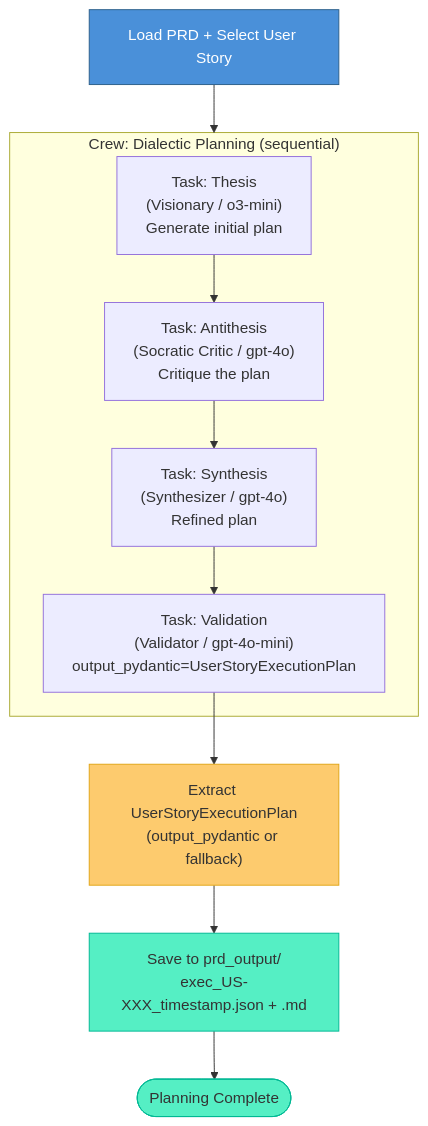
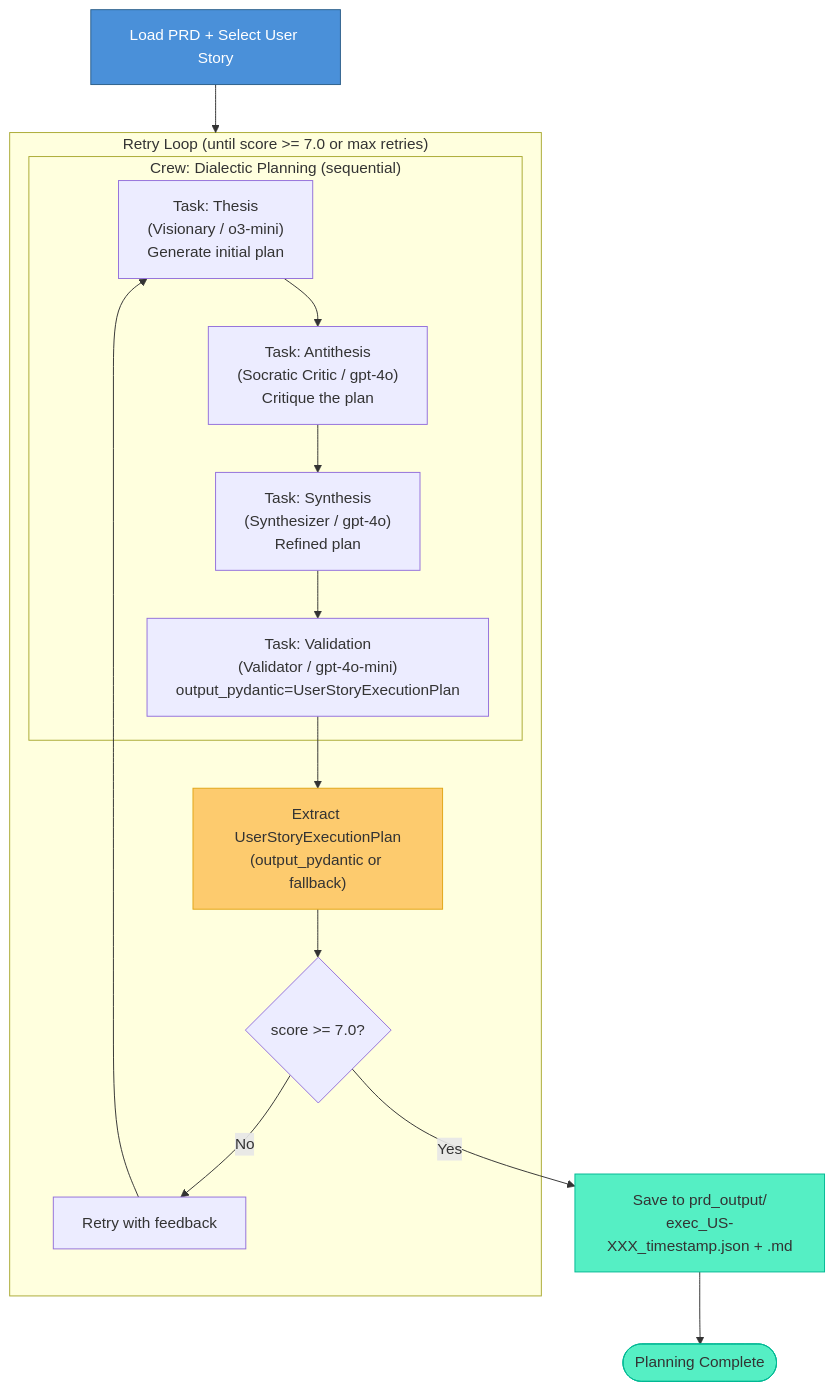
One commit to darthlinuxer/dialectic-crew-ai changed the second of 4 diagrams in docs/flows.md. Above: the diagram before and after it, drawn with Mermaid. The commit also changed other lines of this file and 9 other files, not shown here.

````diff
--- a/docs/flows.md
+++ b/docs/flows.md
@@ -96,21 +97,27 @@
 ```mermaid
 flowchart TD
-    INPUT["Load PRD + Select User Story"] --> CREW
+    INPUT["Load PRD + Select User Story"] --> LOOP
 
-    subgraph CREW["Crew: Dialectic Planning (sequential)"]
-        P1["Task: Thesis<br/>(Visionary / o3-mini)<br/>Generate initial plan"]
-        P2["Task: Antithesis<br/>(Socratic Critic / gpt-4o)<br/>Critique the plan"]
-        P3["Task: Synthesis<br/>(Synthesizer / gpt-4o)<br/>Refined plan"]
-        P4["Task: Validation<br/>(Validator / gpt-4o-mini)<br/>output_pydantic=UserStoryExecutionPlan"]
-        P1 --> P2 --> P3 --> P4
+    subgraph LOOP["Retry Loop (until score >= 7.0 or max retries)"]
+        subgraph CREW["Crew: Dialectic Planning (sequential)"]
+            P1["Task: Thesis<br/>(Visionary / o3-mini)<br/>Generate initial plan"]
+            P2["Task: Antithesis<br/>(Socratic Critic / gpt-4o)<br/>Critique the plan"]
+            P3["Task: Synthesis<br/>(Synthesizer / gpt-4o)<br/>Refined plan"]
+            P4["Task: Validation<br/>(Validator / gpt-4o-mini)<br/>output_pydantic=UserStoryExecutionPlan"]
+            P1 --> P2 --> P3 --> P4
+        end
+
+        P4 --> EXTRACT["Extract UserStoryExecutionPlan<br/>(output_pydantic or fallback)"]
+        EXTRACT --> CHECK{"score >= 7.0?"}
+        CHECK -->|No| RETRY["Retry with feedback"]
+        RETRY --> P1
     end
 
-    P4 --> EXTRACT["Extract UserStoryExecutionPlan<br/>(output_pydantic or fallback)"]
-    EXTRACT --> SAVE["Save to prd_output/<br/>exec_US-XXX_timestamp.json + .md"]
+    CHECK -->|Yes| SAVE["Save to prd_output/<br/>exec_US-XXX_timestamp.json + .md"]
     SAVE --> DONE(["Planning Complete"])
 
     style INPUT fill:#4A90D9,stroke:#2C5F8A,color:#fff
     style EXTRACT fill:#FDCB6E,stroke:#E1A517,color:#333
     style SAVE fill:#55EFC4,stroke:#00B894,color:#333
     style DONE fill:#55EFC4,stroke:#00B894,color:#333
 ```
````
